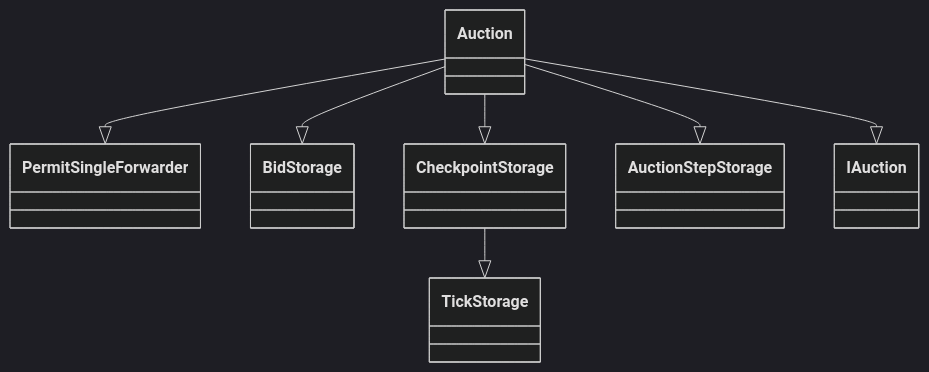
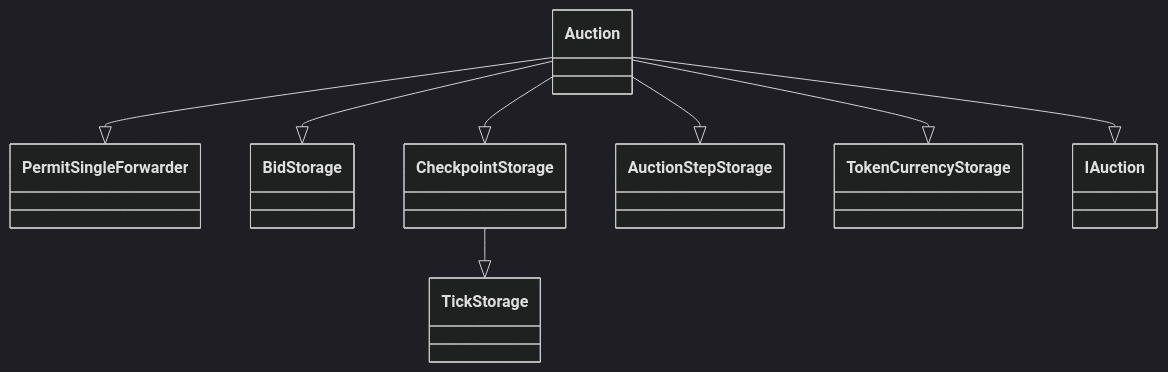
The second of 6 diagrams in docs/autogen/src/README.md (Uniswap/continuous-clearing-auction), drawn with Mermaid (dark theme) before and after one commit. The commit also changed other lines of this file and 35 other files, not shown here.

````diff
--- a/docs/autogen/src/README.md
+++ b/docs/autogen/src/README.md
@@ -98,18 +106,20 @@
 ```mermaid
 classDiagram
     class PermitSingleForwarder
     class BidStorage
     class CheckpointStorage
     class TickStorage
     class AuctionStepStorage
+    class TokenCurrencyStorage
     class IAuction
 
     Auction --|> PermitSingleForwarder
     Auction --|> BidStorage
     Auction --|> CheckpointStorage
     Auction --|> AuctionStepStorage
+    Auction --|> TokenCurrencyStorage
     Auction --|> IAuction
     CheckpointStorage --|> TickStorage
 
     class Auction
 ```
````
